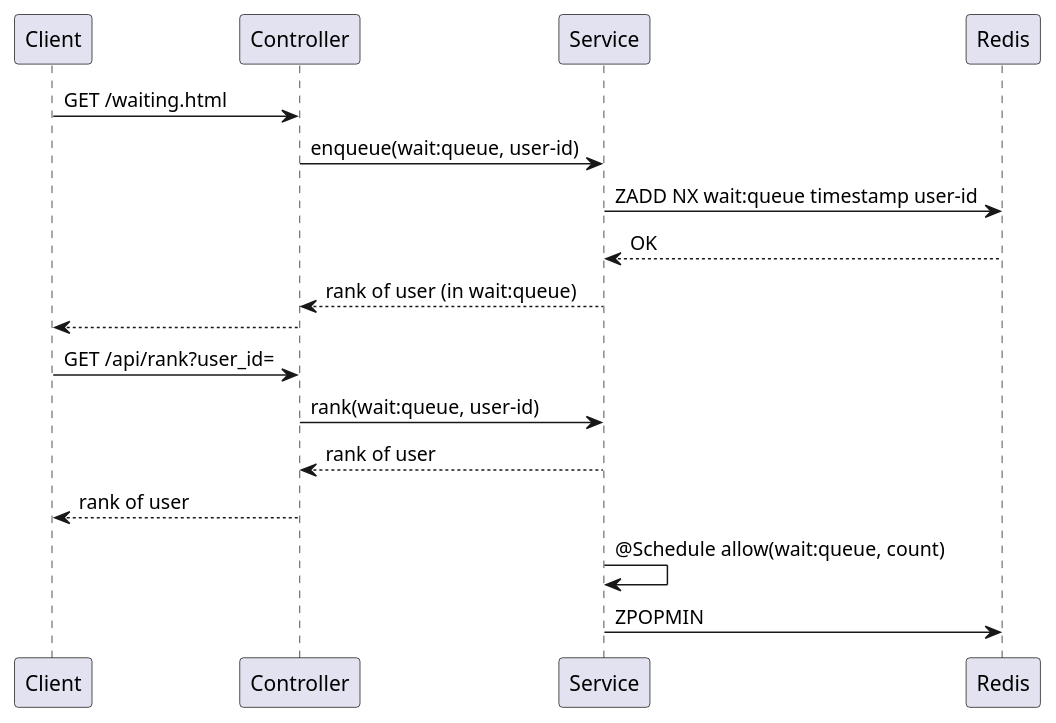
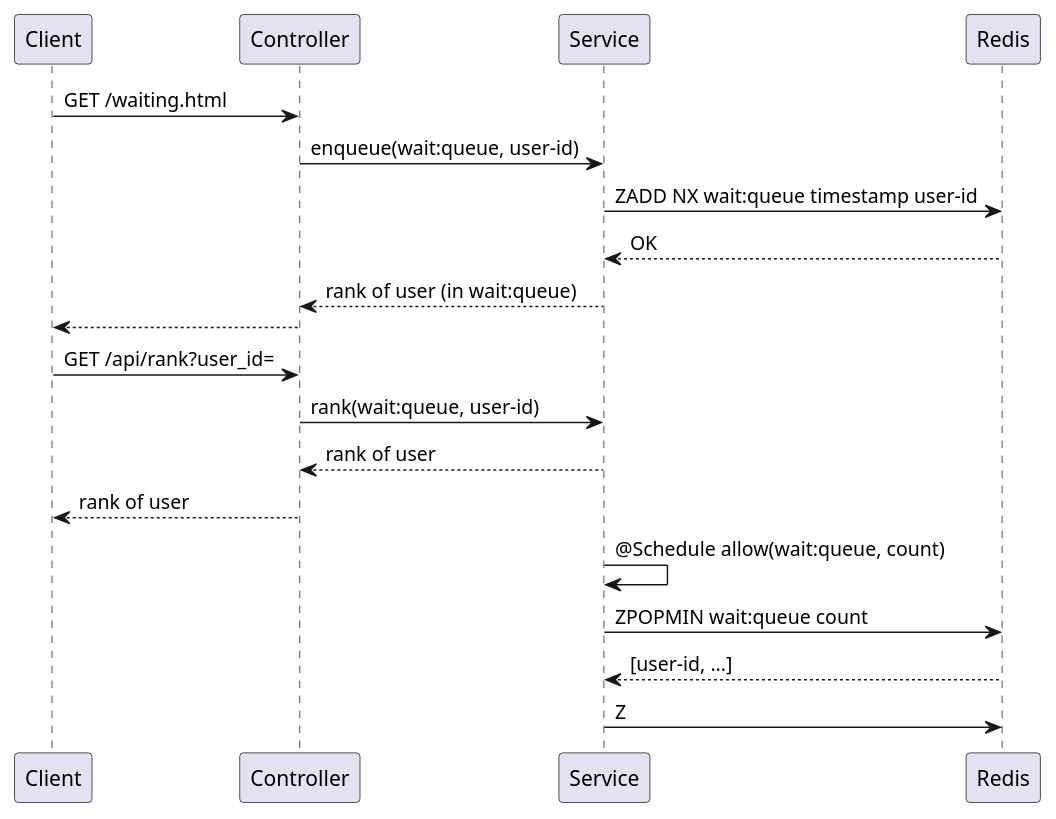
Before and after one commit to yanghoon/obsidian-workspace: the diagram in _diary/2024-06-08.md, drawn with PlantUML.

Commit message:
vault backup: 2024-06-08 14:19:40

````diff
--- a/_diary/2024-06-08.md
+++ b/_diary/2024-06-08.md
@@ -5,16 +5,18 @@
 ```plantuml
 Client -> Controller: GET /waiting.html
 Controller -> Service: enqueue(wait:queue, user-id)
 Service -> Redis: ZADD NX wait:queue timestamp user-id
 Service <-- Redis: OK
 Controller <-- Service: rank of user (in wait:queue)
 Client <-- Controller
 
 Client -> Controller: GET /api/rank?user_id=
 Controller -> Service: rank(wait:queue, user-id)
 Controller <-- Service: rank of user
 Client <-- Controller: rank of user
 
 Service -> Service: @Schedule allow(wait:queue, count)
-Service -> Redis: ZPOPMIN
+Service -> Redis: ZPOPMIN wait:queue count
+Service <-- Redis: [user-id, ...]
+Service -> Redis: Z
 ```
````
